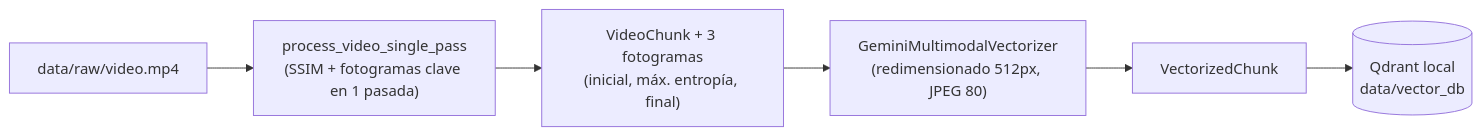
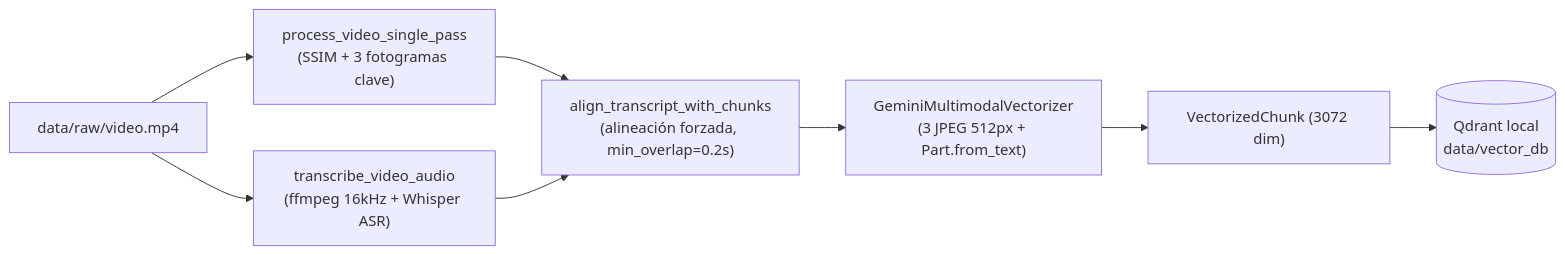
Before and after one commit to Sergiobs26mt/TFM-VideoRAG-Multimodal: the first of 2 diagrams in README.md, drawn with Mermaid. The commit also changed other lines of this file and 31 other files, not shown here.

````diff
--- a/README.md
+++ b/README.md
@@ -30,8 +28,10 @@
 ```mermaid
 flowchart LR
-    A["data/raw/video.mp4"] --> B["process_video_single_pass<br/>(SSIM + fotogramas clave en 1 pasada)"]
-    B --> C["VideoChunk + 3 fotogramas<br/>(inicial, máx. entropía, final)"]
-    C --> D["GeminiMultimodalVectorizer<br/>(redimensionado 512px, JPEG 80)"]
-    D --> E["VectorizedChunk"]
+    A["data/raw/video.mp4"] --> B["process_video_single_pass<br/>(SSIM + 3 fotogramas clave)"]
+    A --> W["transcribe_video_audio<br/>(ffmpeg 16kHz + Whisper ASR)"]
+    B --> C["align_transcript_with_chunks<br/>(alineación forzada, min_overlap=0.2s)"]
+    W --> C
+    C --> D["GeminiMultimodalVectorizer<br/>(3 JPEG 512px + Part.from_text)"]
+    D --> E["VectorizedChunk (3072 dim)"]
     E --> F[("Qdrant local<br/>data/vector_db")]
 ```
````
